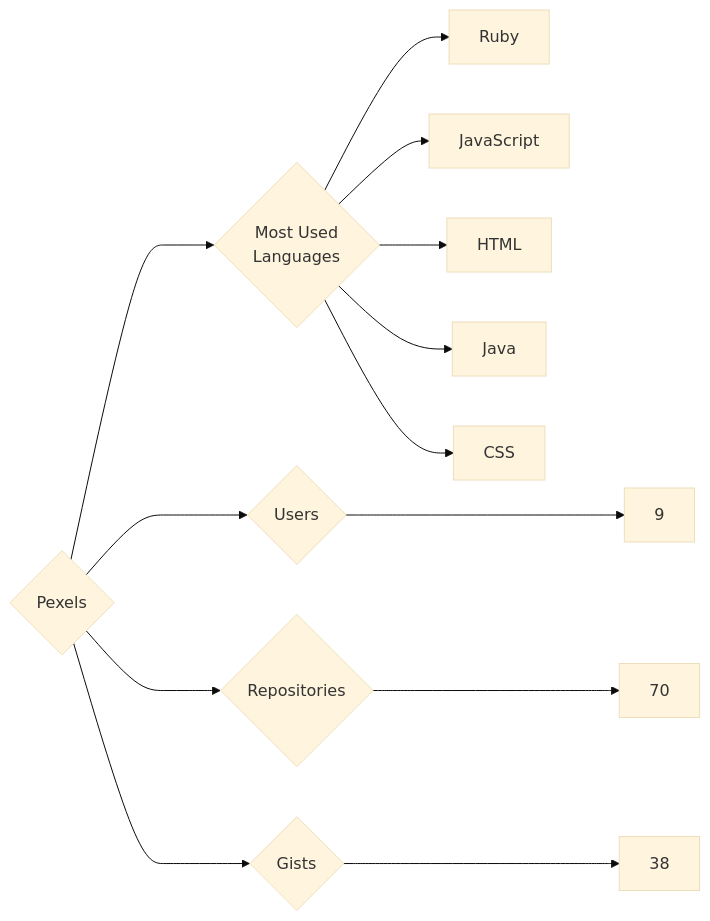
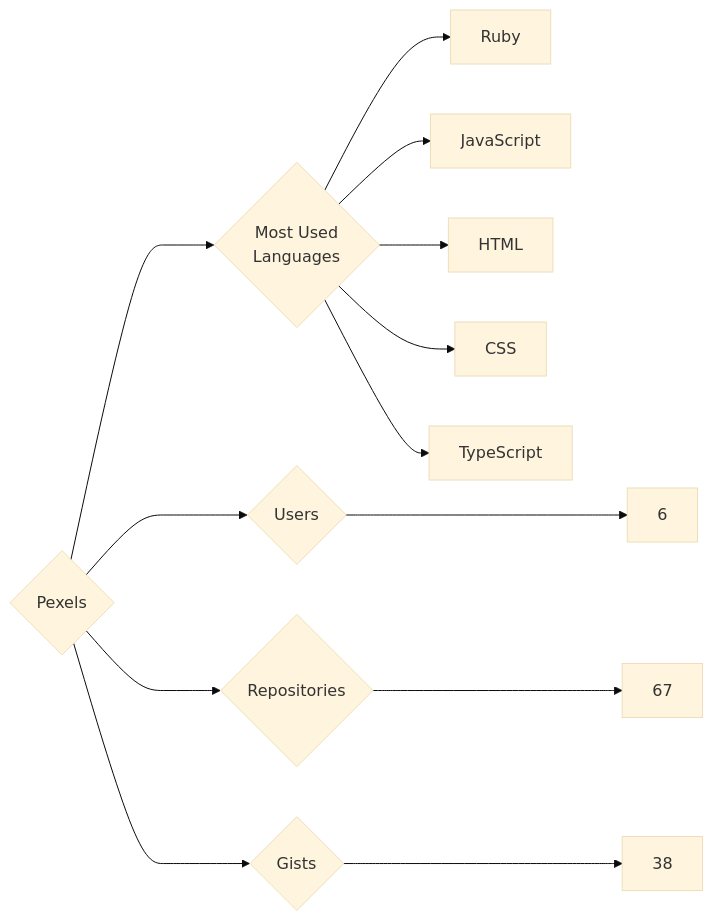
The diagram in targets/Pexels/README.md (trickest/insiders), drawn with Mermaid (base theme) before and after one commit. The commit also changed 965 other files, not shown here.

````diff
--- a/targets/Pexels/README.md
+++ b/targets/Pexels/README.md
@@ -3,13 +3,13 @@
 ```mermaid
 graph LR
 COMPANY_NAME{Pexels}
-COMPANY_NAME ---> U{Users} ---> UN[9]
-COMPANY_NAME ---> R{Repositories} ---> RN[70]
+COMPANY_NAME ---> U{Users} ---> UN[6]
+COMPANY_NAME ---> R{Repositories} ---> RN[67]
 COMPANY_NAME ---> G{Gists} ---> GN[38]
 COMPANY_NAME ---> ML{Most Used<br>Languages}
 ML --> Ruby[Ruby]
 ML --> JavaScript[JavaScript]
 ML --> HTML[HTML]
-ML --> Java[Java]
 ML --> CSS[CSS]
+ML --> TypeScript[TypeScript]
 ```
````
